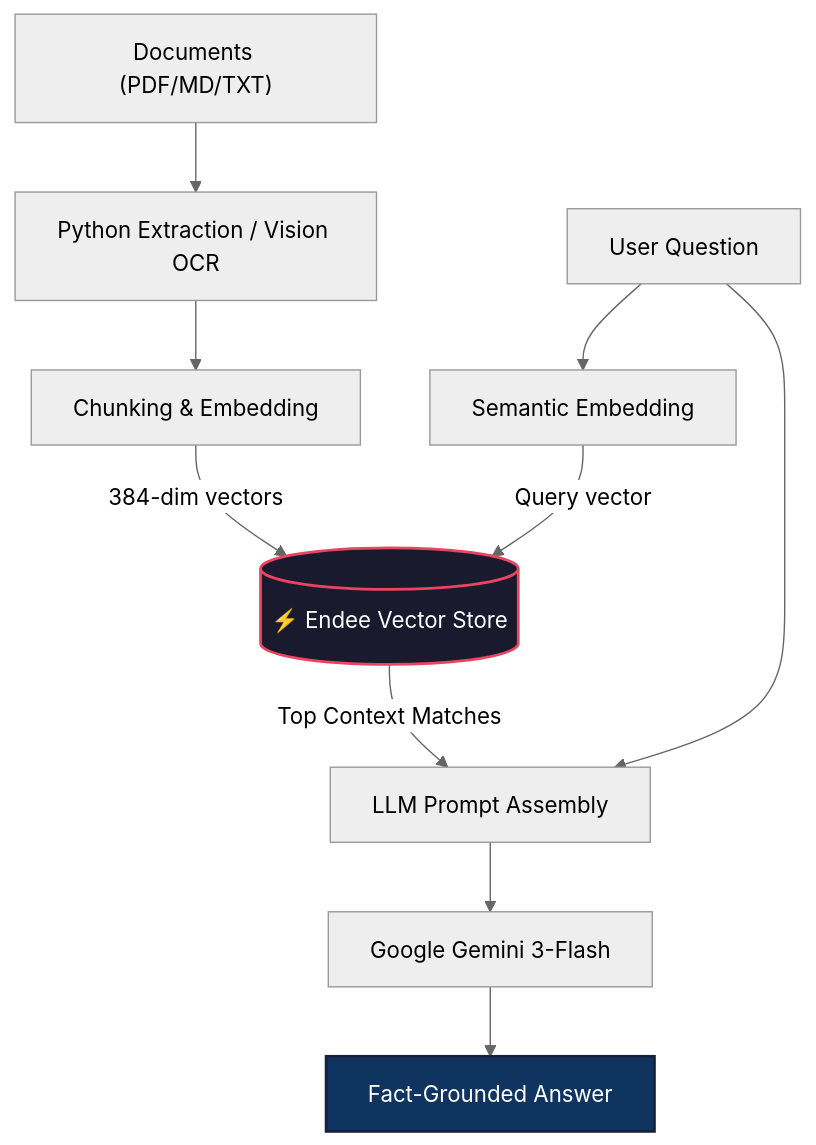
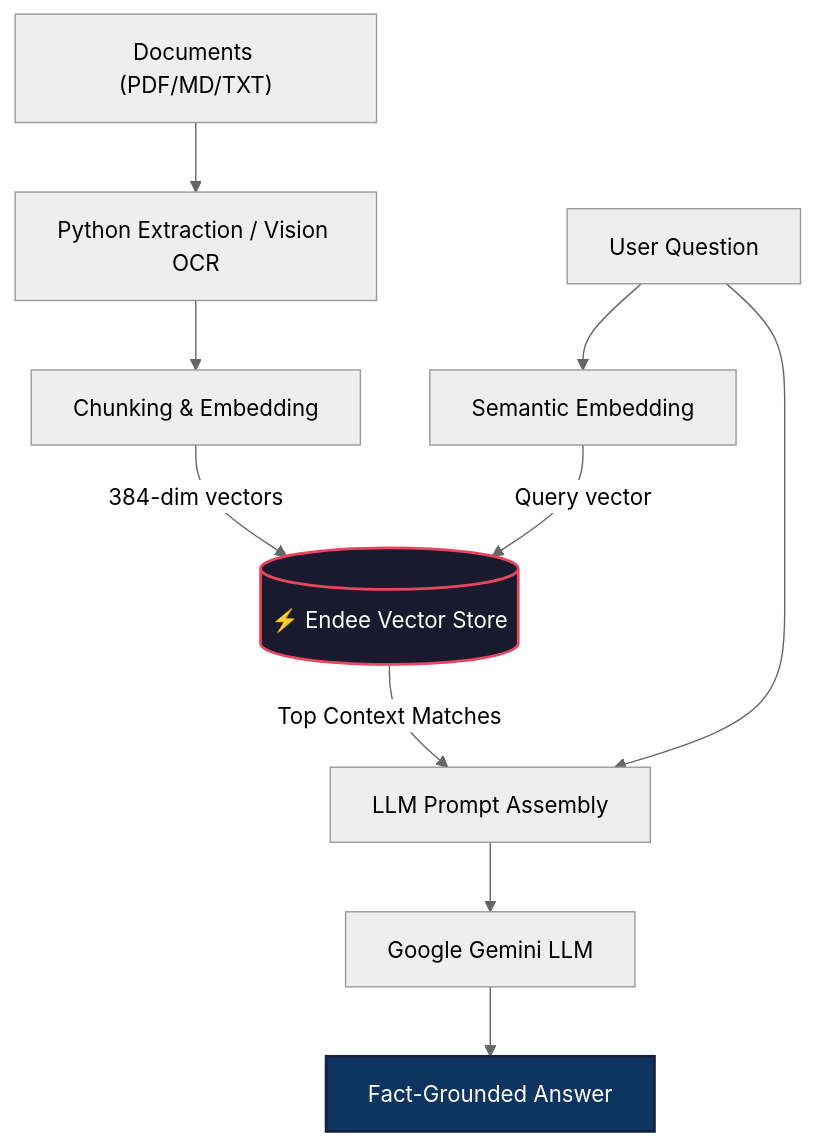
One commit to Vikash9546/endee changed the diagram in README.md. Above: the diagram before and after it, drawn with Mermaid (neutral theme). The commit also changed other lines of this file, not shown here.

````diff
--- a/README.md
+++ b/README.md
@@ -37,17 +36,17 @@
 ```mermaid
 graph TD
     A["Documents (PDF/MD/TXT)"] --> B["Python Extraction / Vision OCR"]
     B --> C["Chunking & Embedding"]
     C -->|384-dim vectors| E[("⚡ Endee Vector Store")]
     
     F[" User Question"] --> G["Semantic Embedding"]
     G -->|Query vector| E
     E -->|"Top Context Matches"| H["LLM Prompt Assembly"]
     F --> H
     
-    H --> I[" Google Gemini 3-Flash"]
+    H --> I[" Google Gemini LLM"]
     I --> J[" Fact-Grounded Answer"]
 
     style E fill:#1a1a2e,stroke:#e94560,stroke-width:2px,color:#fff
     style J fill:#0f3460,stroke:#16213e,stroke-width:2px,color:#fff
 ```
````
